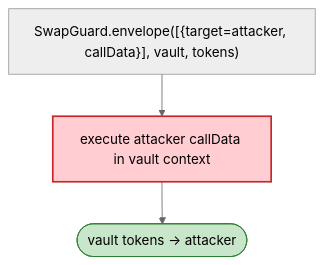
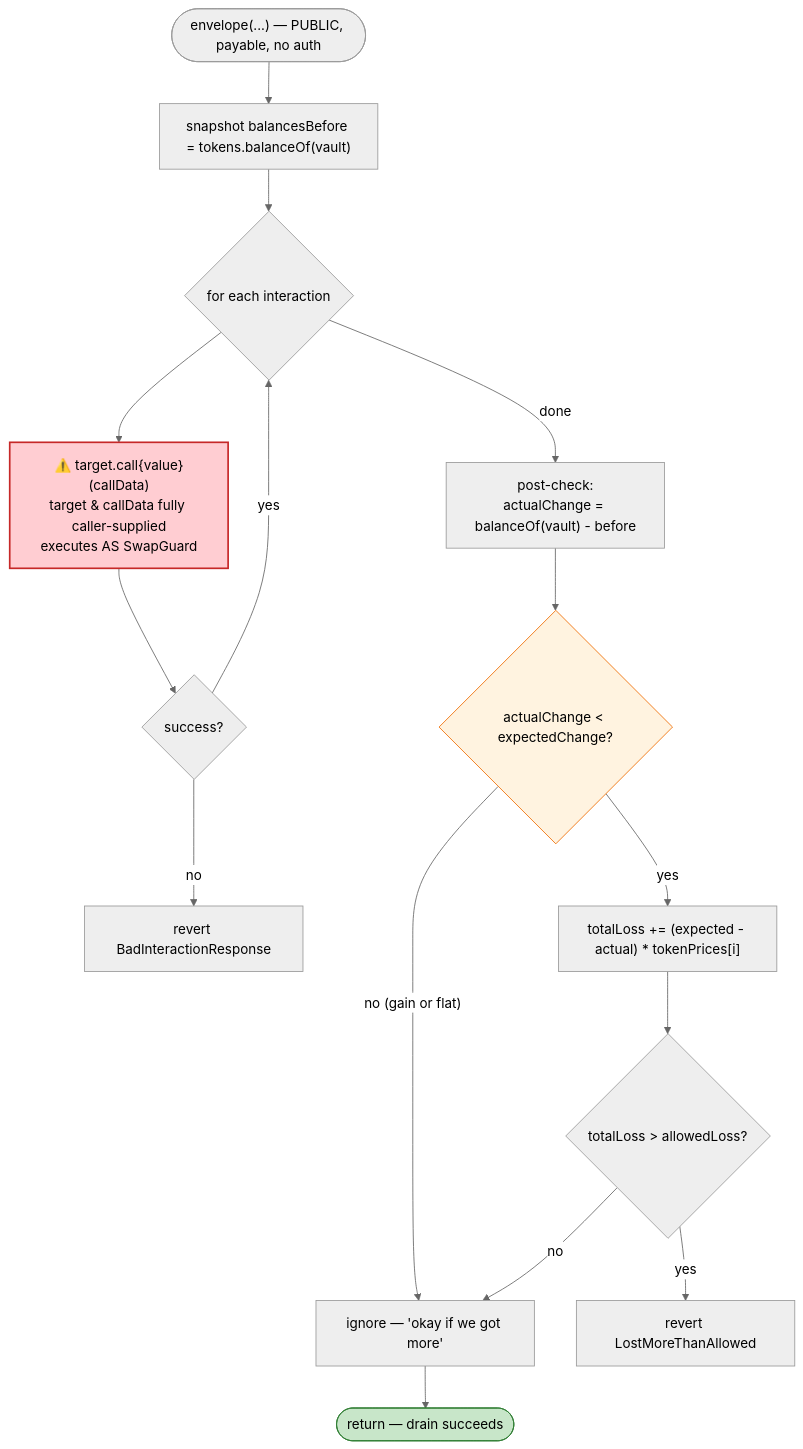
Before and after one commit to sanbir/evm-hack-registry: the third of 4 diagrams in 2023-02-CowSwap_exp/CowSwap_exp.md, drawn with Mermaid (neutral theme). The commit also changed other lines of this file and 52 other files, not shown here.

````diff
--- a/2023-02-CowSwap_exp/CowSwap_exp.md
+++ b/2023-02-CowSwap_exp/CowSwap_exp.md
@@ -38,8 +343,21 @@
 ```mermaid
 flowchart TD
-    E["SwapGuard.envelope([{target=attacker, callData}], vault, tokens)"] --> X["execute attacker callData in vault context"]
-    X --> OUT(["vault tokens → attacker"])
+    Start(["envelope(...) — PUBLIC, payable, no auth"]) --> Snap["snapshot balancesBefore = tokens.balanceOf(vault)"]
+    Snap --> Loop{"for each interaction"}
+    Loop --> Call["⚠️ target.call{value}(callData)<br/>target & callData fully caller-supplied<br/>executes AS SwapGuard"]
+    Call --> Ok{"success?"}
+    Ok -- "no" --> Rev1["revert BadInteractionResponse"]
+    Ok -- "yes" --> Loop
+    Loop -- "done" --> Check["post-check:<br/>actualChange = balanceOf(vault) - before"]
+    Check --> Cmp{"actualChange < expectedChange?"}
+    Cmp -- "yes" --> Add["totalLoss += (expected - actual) * tokenPrices[i]"]
+    Cmp -- "no (gain or flat)" --> Skip["ignore — 'okay if we got more'"]
+    Add --> Gate{"totalLoss > allowedLoss?"}
+    Gate -- "yes" --> Rev2["revert LostMoreThanAllowed"]
+    Gate -- "no" --> Skip
+    Skip --> Done(["return — drain succeeds"])
 
-    style X fill:#ffcdd2,stroke:#c62828,stroke-width:2px
-    style OUT fill:#c8e6c9,stroke:#2e7d32
+    style Call fill:#ffcdd2,stroke:#c62828,stroke-width:2px
+    style Cmp fill:#fff3e0,stroke:#ef6c00
+    style Done fill:#c8e6c9,stroke:#2e7d32
 ```
````
